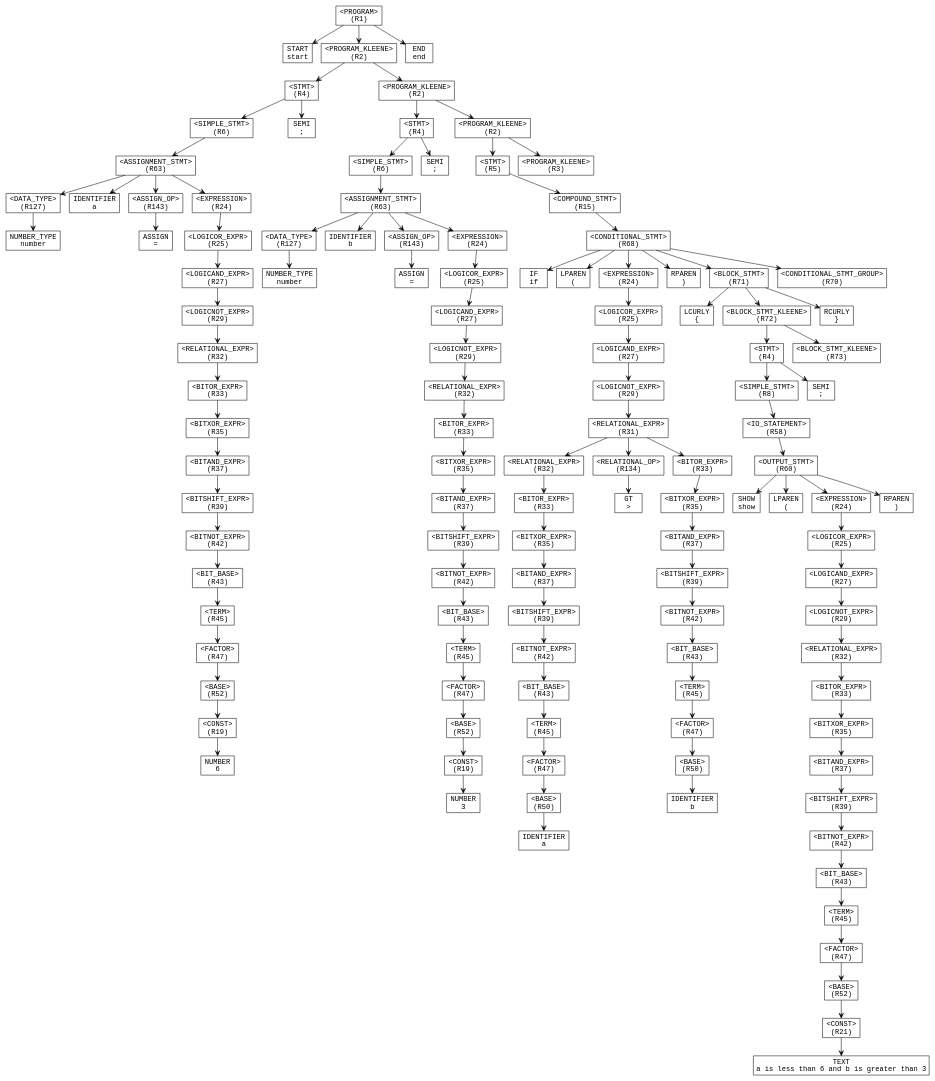
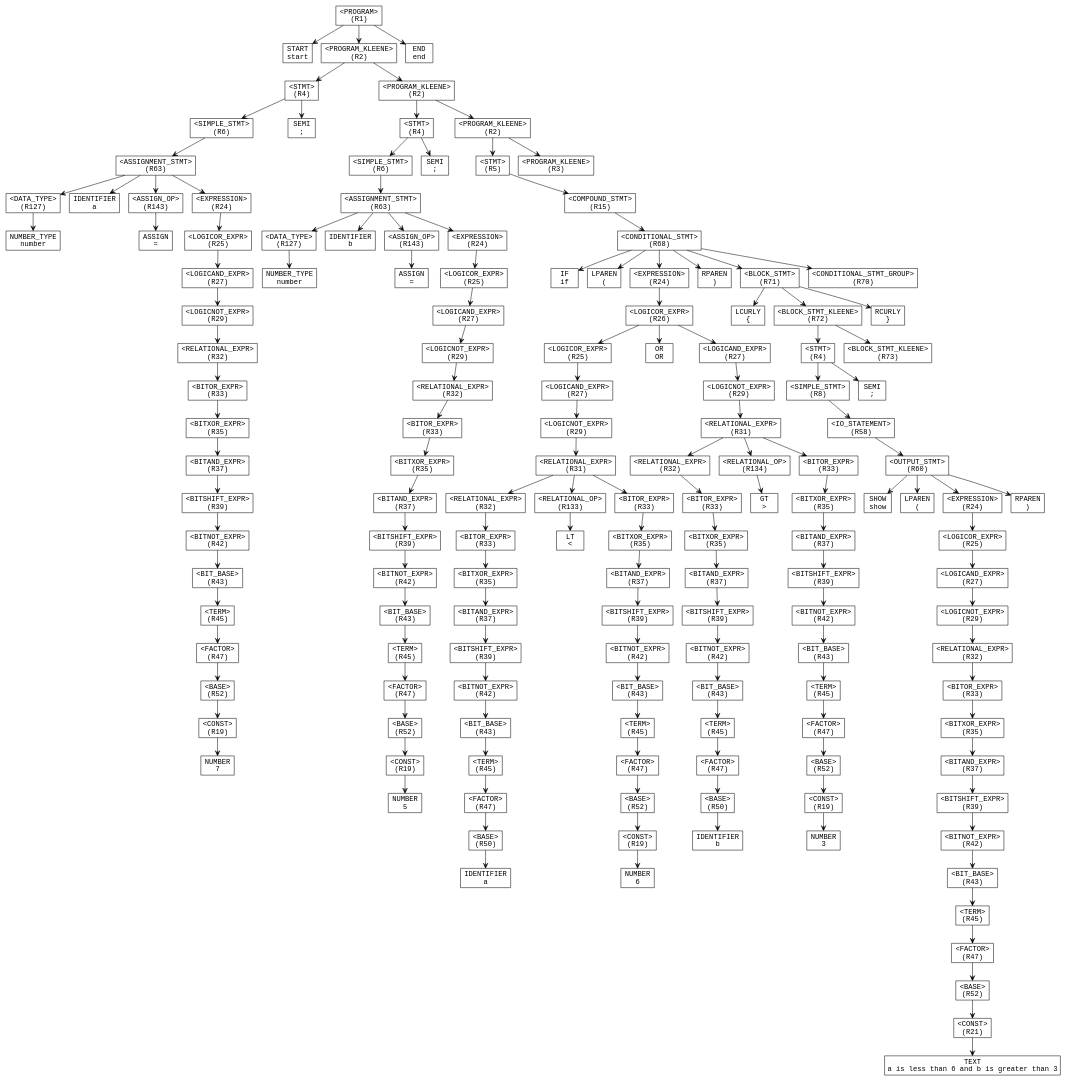
Before and after one commit to AjDesuuu/Upspyre-Programming-Language: the diagram in parse_tree.dot, drawn with Graphviz. The commit also changed 3 other files, not shown here.

```diff
--- a/parse_tree.dot
+++ b/parse_tree.dot
@@ -33,7 +33,7 @@
   n1076669451 [label="<FACTOR>\n(R47)"];
   n1499684421 [label="<BASE>\n(R52)"];
   n1697849584 [label="<CONST>\n(R19)"];
-  n263394753 [label="NUMBER\n6"];
+  n263394753 [label="NUMBER\n7"];
   n1697849584 -> n263394753;
   n1499684421 -> n1697849584;
   n1076669451 -> n1499684421;
@@ -84,7 +84,7 @@
   n1336568437 [label="<FACTOR>\n(R47)"];
   n1059094576 [label="<BASE>\n(R52)"];
   n793134035 [label="<CONST>\n(R19)"];
-  n1855210244 [label="NUMBER\n3"];
+  n1855210244 [label="NUMBER\n5"];
   n793134035 -> n1855210244;
   n1059094576 -> n793134035;
   n1336568437 -> n1059094576;
@@ -115,21 +115,23 @@
   n1349039419 [label="LPAREN\n("];
   n1640858073 -> n1349039419;
   n960567963 [label="<EXPRESSION>\n(R24)"];
-  n881821475 [label="<LOGICOR_EXPR>\n(R25)"];
-  n1779613187 [label="<LOGICAND_EXPR>\n(R27)"];
-  n2143690519 [label="<LOGICNOT_EXPR>\n(R29)"];
-  n1323452342 [label="<RELATIONAL_EXPR>\n(R31)"];
-  n110917590 [label="<RELATIONAL_EXPR>\n(R32)"];
-  n2038510496 [label="<BITOR_EXPR>\n(R33)"];
-  n921744672 [label="<BITXOR_EXPR>\n(R35)"];
-  n1794345919 [label="<BITAND_EXPR>\n(R37)"];
-  n255091696 [label="<BITSHIFT_EXPR>\n(R39)"];
-  n2144886149 [label="<BITNOT_EXPR>\n(R42)"];
-  n1286782699 [label="<BIT_BASE>\n(R43)"];
-  n988441265 [label="<TERM>\n(R45)"];
-  n384677375 [label="<FACTOR>\n(R47)"];
-  n728032978 [label="<BASE>\n(R50)"];
-  n1928872115 [label="IDENTIFIER\na"];
+  n881821475 [label="<LOGICOR_EXPR>\n(R26)"];
+  n1779613187 [label="<LOGICOR_EXPR>\n(R25)"];
+  n2143690519 [label="<LOGICAND_EXPR>\n(R27)"];
+  n1323452342 [label="<LOGICNOT_EXPR>\n(R29)"];
+  n110917590 [label="<RELATIONAL_EXPR>\n(R31)"];
+  n2038510496 [label="<RELATIONAL_EXPR>\n(R32)"];
+  n921744672 [label="<BITOR_EXPR>\n(R33)"];
+  n1794345919 [label="<BITXOR_EXPR>\n(R35)"];
+  n255091696 [label="<BITAND_EXPR>\n(R37)"];
+  n2144886149 [label="<BITSHIFT_EXPR>\n(R39)"];
+  n1286782699 [label="<BITNOT_EXPR>\n(R42)"];
+  n988441265 [label="<BIT_BASE>\n(R43)"];
+  n384677375 [label="<TERM>\n(R45)"];
+  n728032978 [label="<FACTOR>\n(R47)"];
+  n1928872115 [label="<BASE>\n(R50)"];
+  n464389055 [label="IDENTIFIER\na"];
+  n1928872115 -> n464389055;
   n728032978 -> n1928872115;
   n384677375 -> n728032978;
   n988441265 -> n384677375;
@@ -140,21 +142,23 @@
   n921744672 -> n1794345919;
   n2038510496 -> n921744672;
   n110917590 -> n2038510496;
-  n1323452342 -> n110917590;
-  n464389055 [label="<RELATIONAL_OP>\n(R134)"];
-  n1612124024 [label="GT\n>"];
-  n464389055 -> n1612124024;
-  n1323452342 -> n464389055;
-  n1816737758 [label="<BITOR_EXPR>\n(R33)"];
-  n1552158524 [label="<BITXOR_EXPR>\n(R35)"];
-  n928799976 [label="<BITAND_EXPR>\n(R37)"];
-  n1869146548 [label="<BITSHIFT_EXPR>\n(R39)"];
-  n1245365312 [label="<BITNOT_EXPR>\n(R42)"];
-  n909893588 [label="<BIT_BASE>\n(R43)"];
-  n1674931943 [label="<TERM>\n(R45)"];
-  n1264066144 [label="<FACTOR>\n(R47)"];
-  n1474087823 [label="<BASE>\n(R50)"];
-  n1064397791 [label="IDENTIFIER\nb"];
+  n1612124024 [label="<RELATIONAL_OP>\n(R133)"];
+  n1816737758 [label="LT\n<"];
+  n1612124024 -> n1816737758;
+  n110917590 -> n1612124024;
+  n1552158524 [label="<BITOR_EXPR>\n(R33)"];
+  n928799976 [label="<BITXOR_EXPR>\n(R35)"];
+  n1869146548 [label="<BITAND_EXPR>\n(R37)"];
+  n1245365312 [label="<BITSHIFT_EXPR>\n(R39)"];
+  n909893588 [label="<BITNOT_EXPR>\n(R42)"];
+  n1674931943 [label="<BIT_BASE>\n(R43)"];
+  n1264066144 [label="<TERM>\n(R45)"];
+  n1474087823 [label="<FACTOR>\n(R47)"];
+  n1064397791 [label="<BASE>\n(R52)"];
+  n2006681728 [label="<CONST>\n(R19)"];
+  n2092638989 [label="NUMBER\n6"];
+  n2006681728 -> n2092638989;
+  n1064397791 -> n2006681728;
   n1474087823 -> n1064397791;
   n1264066144 -> n1474087823;
   n1674931943 -> n1264066144;
@@ -163,83 +167,139 @@
   n1869146548 -> n1245365312;
   n928799976 -> n1869146548;
   n1552158524 -> n928799976;
-  n1816737758 -> n1552158524;
-  n1323452342 -> n1816737758;
+  n110917590 -> n1552158524;
+  n1323452342 -> n110917590;
   n2143690519 -> n1323452342;
   n1779613187 -> n2143690519;
   n881821475 -> n1779613187;
-  n960567963 -> n881821475;
-  n1640858073 -> n960567963;
-  n2006681728 [label="RPAREN\n)"];
-  n1640858073 -> n2006681728;
-  n2092638989 [label="<BLOCK_STMT>\n(R71)"];
-  n1292509094 [label="LCURLY\n{"];
-  n2092638989 -> n1292509094;
-  n2031200843 [label="<BLOCK_STMT_KLEENE>\n(R72)"];
-  n1390801505 [label="<STMT>\n(R4)"];
-  n2011369595 [label="<SIMPLE_STMT>\n(R8)"];
-  n1779029518 [label="<IO_STATEMENT>\n(R58)"];
-  n515799798 [label="<OUTPUT_STMT>\n(R60)"];
-  n1672869306 [label="SHOW\nshow"];
+  n1292509094 [label="OR\nOR"];
+  n881821475 -> n1292509094;
+  n2031200843 [label="<LOGICAND_EXPR>\n(R27)"];
+  n1390801505 [label="<LOGICNOT_EXPR>\n(R29)"];
+  n2011369595 [label="<RELATIONAL_EXPR>\n(R31)"];
+  n1779029518 [label="<RELATIONAL_EXPR>\n(R32)"];
+  n515799798 [label="<BITOR_EXPR>\n(R33)"];
+  n1672869306 [label="<BITXOR_EXPR>\n(R35)"];
+  n205148543 [label="<BITAND_EXPR>\n(R37)"];
+  n673668944 [label="<BITSHIFT_EXPR>\n(R39)"];
+  n1168374120 [label="<BITNOT_EXPR>\n(R42)"];
+  n158850115 [label="<BIT_BASE>\n(R43)"];
+  n1469629883 [label="<TERM>\n(R45)"];
+  n1163382215 [label="<FACTOR>\n(R47)"];
+  n535106748 [label="<BASE>\n(R50)"];
+  n684152519 [label="IDENTIFIER\nb"];
+  n535106748 -> n684152519;
+  n1163382215 -> n535106748;
+  n1469629883 -> n1163382215;
+  n158850115 -> n1469629883;
+  n1168374120 -> n158850115;
+  n673668944 -> n1168374120;
+  n205148543 -> n673668944;
+  n1672869306 -> n205148543;
   n515799798 -> n1672869306;
-  n205148543 [label="LPAREN\n("];
-  n515799798 -> n205148543;
-  n673668944 [label="<EXPRESSION>\n(R24)"];
-  n1168374120 [label="<LOGICOR_EXPR>\n(R25)"];
-  n158850115 [label="<LOGICAND_EXPR>\n(R27)"];
-  n1469629883 [label="<LOGICNOT_EXPR>\n(R29)"];
-  n1163382215 [label="<RELATIONAL_EXPR>\n(R32)"];
-  n535106748 [label="<BITOR_EXPR>\n(R33)"];
-  n684152519 [label="<BITXOR_EXPR>\n(R35)"];
-  n971242361 [label="<BITAND_EXPR>\n(R37)"];
-  n1109467255 [label="<BITSHIFT_EXPR>\n(R39)"];
-  n1976999035 [label="<BITNOT_EXPR>\n(R42)"];
-  n1739955560 [label="<BIT_BASE>\n(R43)"];
-  n1093372628 [label="<TERM>\n(R45)"];
-  n172111902 [label="<FACTOR>\n(R47)"];
-  n1261848681 [label="<BASE>\n(R52)"];
-  n2343610 [label="<CONST>\n(R21)"];
-  n490968384 [label="TEXT\na is less than 6 and b is greater than 3"];
+  n1779029518 -> n515799798;
+  n2011369595 -> n1779029518;
+  n971242361 [label="<RELATIONAL_OP>\n(R134)"];
+  n1109467255 [label="GT\n>"];
+  n971242361 -> n1109467255;
+  n2011369595 -> n971242361;
+  n1976999035 [label="<BITOR_EXPR>\n(R33)"];
+  n1739955560 [label="<BITXOR_EXPR>\n(R35)"];
+  n1093372628 [label="<BITAND_EXPR>\n(R37)"];
+  n172111902 [label="<BITSHIFT_EXPR>\n(R39)"];
+  n1261848681 [label="<BITNOT_EXPR>\n(R42)"];
+  n2343610 [label="<BIT_BASE>\n(R43)"];
+  n490968384 [label="<TERM>\n(R45)"];
+  n115006526 [label="<FACTOR>\n(R47)"];
+  n2136385932 [label="<BASE>\n(R52)"];
+  n1635685070 [label="<CONST>\n(R19)"];
+  n1620505140 [label="NUMBER\n3"];
+  n1635685070 -> n1620505140;
+  n2136385932 -> n1635685070;
+  n115006526 -> n2136385932;
+  n490968384 -> n115006526;
   n2343610 -> n490968384;
   n1261848681 -> n2343610;
   n172111902 -> n1261848681;
   n1093372628 -> n172111902;
   n1739955560 -> n1093372628;
   n1976999035 -> n1739955560;
-  n1109467255 -> n1976999035;
-  n971242361 -> n1109467255;
-  n684152519 -> n971242361;
-  n535106748 -> n684152519;
-  n1163382215 -> n535106748;
-  n1469629883 -> n1163382215;
-  n158850115 -> n1469629883;
-  n1168374120 -> n158850115;
-  n673668944 -> n1168374120;
-  n515799798 -> n673668944;
-  n115006526 [label="RPAREN\n)"];
-  n515799798 -> n115006526;
-  n1779029518 -> n515799798;
-  n2011369595 -> n1779029518;
+  n2011369595 -> n1976999035;
   n1390801505 -> n2011369595;
-  n2136385932 [label="SEMI\n;"];
-  n1390801505 -> n2136385932;
   n2031200843 -> n1390801505;
-  n1635685070 [label="<BLOCK_STMT_KLEENE>\n(R73)"];
-  n2031200843 -> n1635685070;
-  n2092638989 -> n2031200843;
-  n1620505140 [label="RCURLY\n}"];
-  n2092638989 -> n1620505140;
-  n1640858073 -> n2092638989;
-  n813562164 [label="<CONDITIONAL_STMT_GROUP>\n(R70)"];
+  n881821475 -> n2031200843;
+  n960567963 -> n881821475;
+  n1640858073 -> n960567963;
+  n813562164 [label="RPAREN\n)"];
   n1640858073 -> n813562164;
+  n2049780862 [label="<BLOCK_STMT>\n(R71)"];
+  n1875912983 [label="LCURLY\n{"];
+  n2049780862 -> n1875912983;
+  n947941771 [label="<BLOCK_STMT_KLEENE>\n(R72)"];
+  n1743494134 [label="<STMT>\n(R4)"];
+  n1958090153 [label="<SIMPLE_STMT>\n(R8)"];
+  n448791225 [label="<IO_STATEMENT>\n(R58)"];
+  n569844803 [label="<OUTPUT_STMT>\n(R60)"];
+  n444088224 [label="SHOW\nshow"];
+  n569844803 -> n444088224;
+  n1579641371 [label="LPAREN\n("];
+  n569844803 -> n1579641371;
+  n1156083372 [label="<EXPRESSION>\n(R24)"];
+  n1554358094 [label="<LOGICOR_EXPR>\n(R25)"];
+  n125513285 [label="<LOGICAND_EXPR>\n(R27)"];
+  n1659497219 [label="<LOGICNOT_EXPR>\n(R29)"];
+  n1710449916 [label="<RELATIONAL_EXPR>\n(R32)"];
+  n366794979 [label="<BITOR_EXPR>\n(R33)"];
+  n1259066651 [label="<BITXOR_EXPR>\n(R35)"];
+  n1712819850 [label="<BITAND_EXPR>\n(R37)"];
+  n406704688 [label="<BITSHIFT_EXPR>\n(R39)"];
+  n1809127956 [label="<BITNOT_EXPR>\n(R42)"];
+  n2128853368 [label="<BIT_BASE>\n(R43)"];
+  n609885168 [label="<TERM>\n(R45)"];
+  n1384177945 [label="<FACTOR>\n(R47)"];
+  n289821927 [label="<BASE>\n(R52)"];
+  n1921849294 [label="<CONST>\n(R21)"];
+  n117180404 [label="TEXT\na is less than 6 and b is greater than 3"];
+  n1921849294 -> n117180404;
+  n289821927 -> n1921849294;
+  n1384177945 -> n289821927;
+  n609885168 -> n1384177945;
+  n2128853368 -> n609885168;
+  n1809127956 -> n2128853368;
+  n406704688 -> n1809127956;
+  n1712819850 -> n406704688;
+  n1259066651 -> n1712819850;
+  n366794979 -> n1259066651;
+  n1710449916 -> n366794979;
+  n1659497219 -> n1710449916;
+  n125513285 -> n1659497219;
+  n1554358094 -> n125513285;
+  n1156083372 -> n1554358094;
+  n569844803 -> n1156083372;
+  n1394718235 [label="RPAREN\n)"];
+  n569844803 -> n1394718235;
+  n448791225 -> n569844803;
+  n1958090153 -> n448791225;
+  n1743494134 -> n1958090153;
+  n1885544948 [label="SEMI\n;"];
+  n1743494134 -> n1885544948;
+  n947941771 -> n1743494134;
+  n1783266129 [label="<BLOCK_STMT_KLEENE>\n(R73)"];
+  n947941771 -> n1783266129;
+  n2049780862 -> n947941771;
+  n216994379 [label="RCURLY\n}"];
+  n2049780862 -> n216994379;
+  n1640858073 -> n2049780862;
+  n1386278051 [label="<CONDITIONAL_STMT_GROUP>\n(R70)"];
+  n1640858073 -> n1386278051;
   n418260424 -> n1640858073;
   n1412354090 -> n418260424;
   n1231768079 -> n1412354090;
-  n2049780862 [label="<PROGRAM_KLEENE>\n(R3)"];
-  n1231768079 -> n2049780862;
+  n1000676226 [label="<PROGRAM_KLEENE>\n(R3)"];
+  n1231768079 -> n1000676226;
   n1762156208 -> n1231768079;
   n1536781295 -> n1762156208;
   n1201800545 -> n1536781295;
-  n1875912983 [label="END\nend"];
-  n1201800545 -> n1875912983;
+  n34369364 [label="END\nend"];
+  n1201800545 -> n34369364;
 }
```
